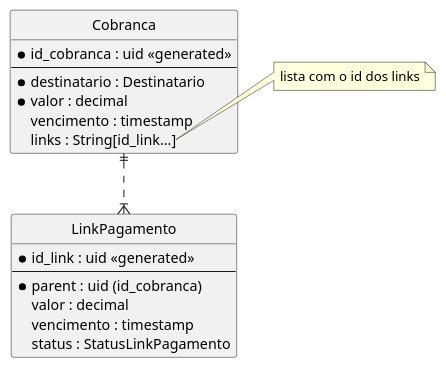
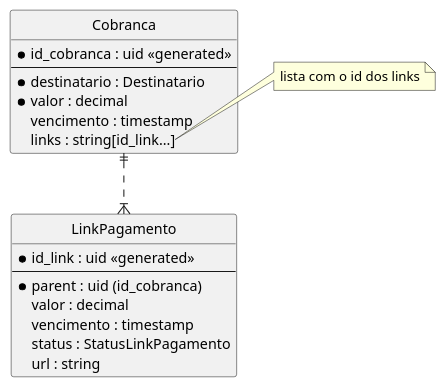
One commit to fernandosandrade/paybook-server changed the diagram in src/main/docs/diagrams/cobranca_links.puml. Above: the diagram before and after it, drawn with PlantUML. The commit also changed 28 other files, not shown here.

```diff
--- a/src/main/docs/diagrams/cobranca_links.puml
+++ b/src/main/docs/diagrams/cobranca_links.puml
@@ -1,27 +1,28 @@
 @startuml
 hide circle
 skinparam linetype ortho
 
 entity "Cobranca" as cob {
   *id_cobranca : uid <<generated>>
   --
   *destinatario : Destinatario
   *valor : decimal
   vencimento : timestamp
-  links : String[id_link...]
+  links : string[id_link...]
 }
 note right of cob::links
   lista com o id dos links
 end note
 
 entity "LinkPagamento" as li {
     *id_link : uid <<generated>>
     --
     *parent : uid (id_cobranca)
     valor : decimal
     vencimento : timestamp
     status : StatusLinkPagamento
+    url : string
 }
 
 cob ||..|{ li
 @enduml
```
